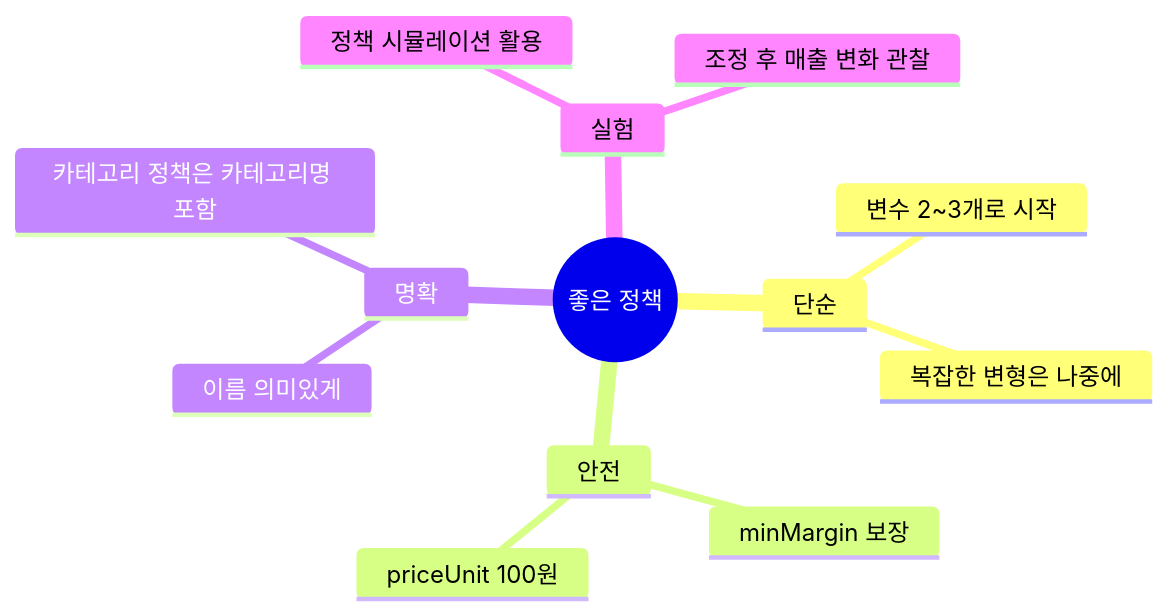
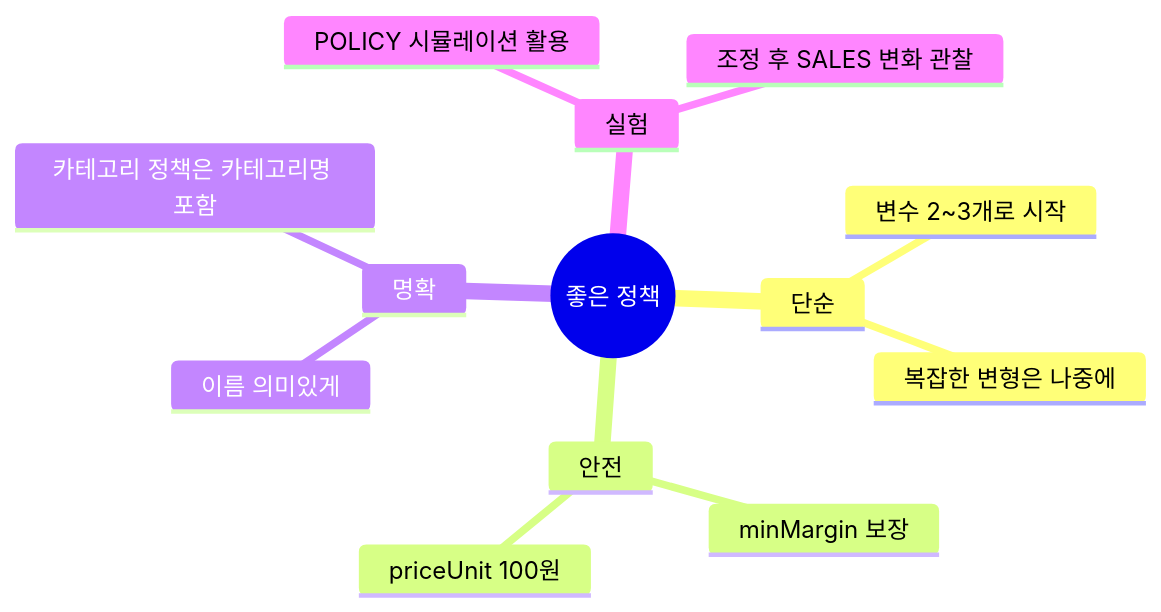
Before and after one commit to cksdud5785-design/lonit-manual: the tenth of 10 diagrams in docs/07-pricing.md, drawn with Mermaid. The commit also changed other lines of this file and 17 other files, not shown here.

First line of the commit message:
fix: mermaid 한국어 ID → ASCII + 더망고 → T사 일괄 변경

````diff
--- a/docs/07-pricing.md
+++ b/docs/07-pricing.md
@@ -305,16 +305,16 @@
 ```mermaid
 mindmap
   root((좋은 정책))
     단순
       변수 2~3개로 시작
       복잡한 변형은 나중에
     안전
       minMargin 보장
       priceUnit 100원
     명확
       이름 의미있게
       카테고리 정책은 카테고리명 포함
     실험
-      정책 시뮬레이션 활용
-      조정 후 매출 변화 관찰
+      POLICY 시뮬레이션 활용
+      조정 후 SALES 변화 관찰
 ```
````
